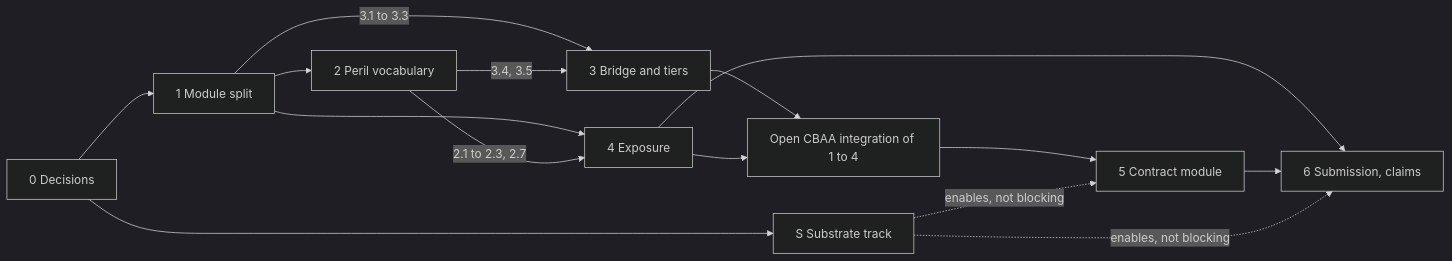
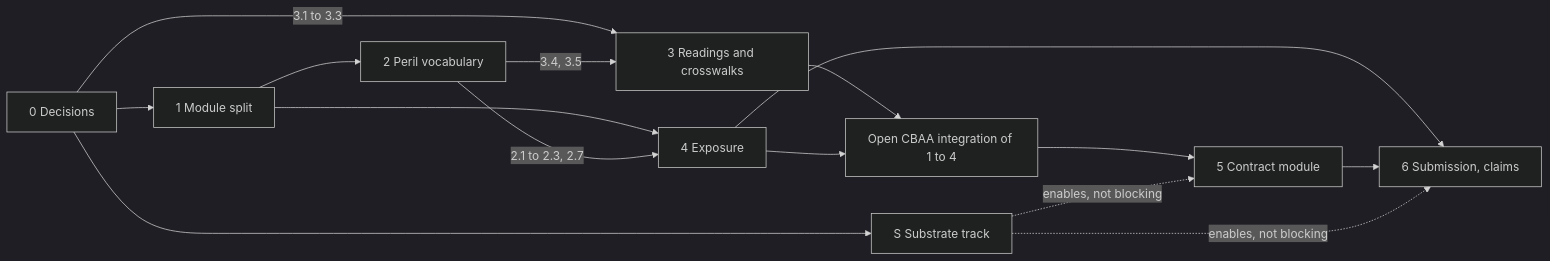
One commit to nebularis/lattice changed the diagram in docs/developer/plans/applied-insurance-reference.md. Above: the diagram before and after it, drawn with Mermaid (dark theme). The commit also changed other lines of this file and 20 other files, not shown here.

````diff
--- a/docs/developer/plans/applied-insurance-reference.md
+++ b/docs/developer/plans/applied-insurance-reference.md
@@ -66,17 +66,17 @@
 ```mermaid
 flowchart LR
     P0["0 Decisions"] --> P1["1 Module split"]
     P1 --> P2["2 Peril vocabulary"]
-    P1 -- "3.1 to 3.3" --> P3["3 Bridge and tiers"]
+    P0 -- "3.1 to 3.3" --> P3["3 Readings and crosswalks"]
     P2 -- "3.4, 3.5" --> P3
     P1 --> P4["4 Exposure"]
     P2 -- "2.1 to 2.3, 2.7" --> P4
     P3 --> X["Open CBAA integration of 1 to 4"]
     P4 --> X
     X --> P5["5 Contract module"]
     P4 --> P6["6 Submission, claims"]
     P5 --> P6
     P0 --> S["S Substrate track"]
     S -. "enables, not blocking" .-> P5
     S -. "enables, not blocking" .-> P6
 ```
````
